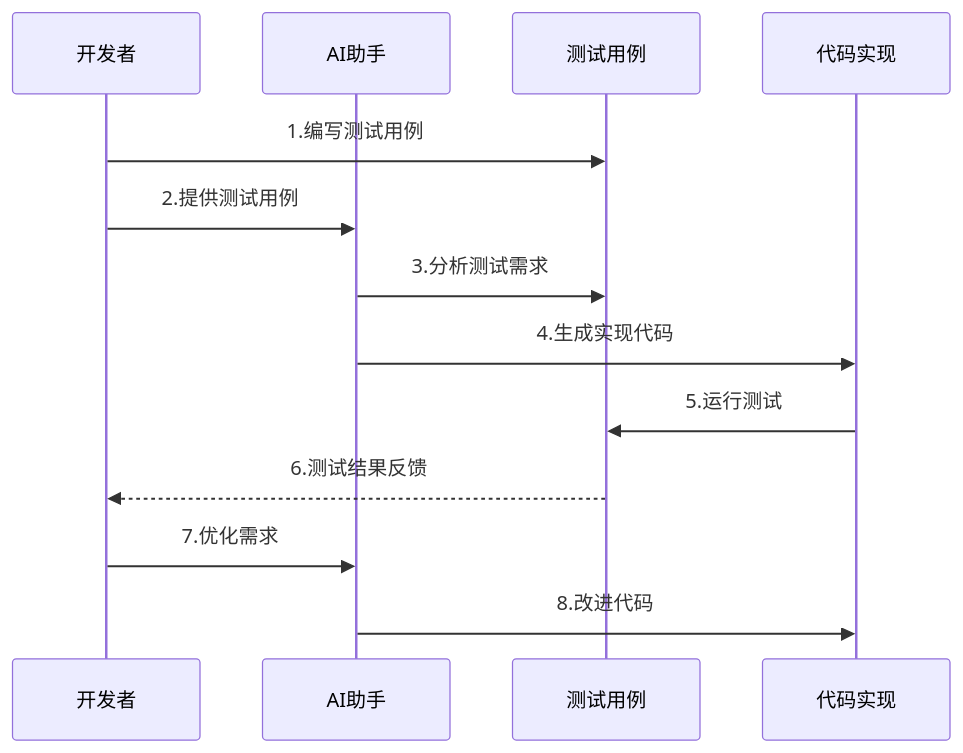
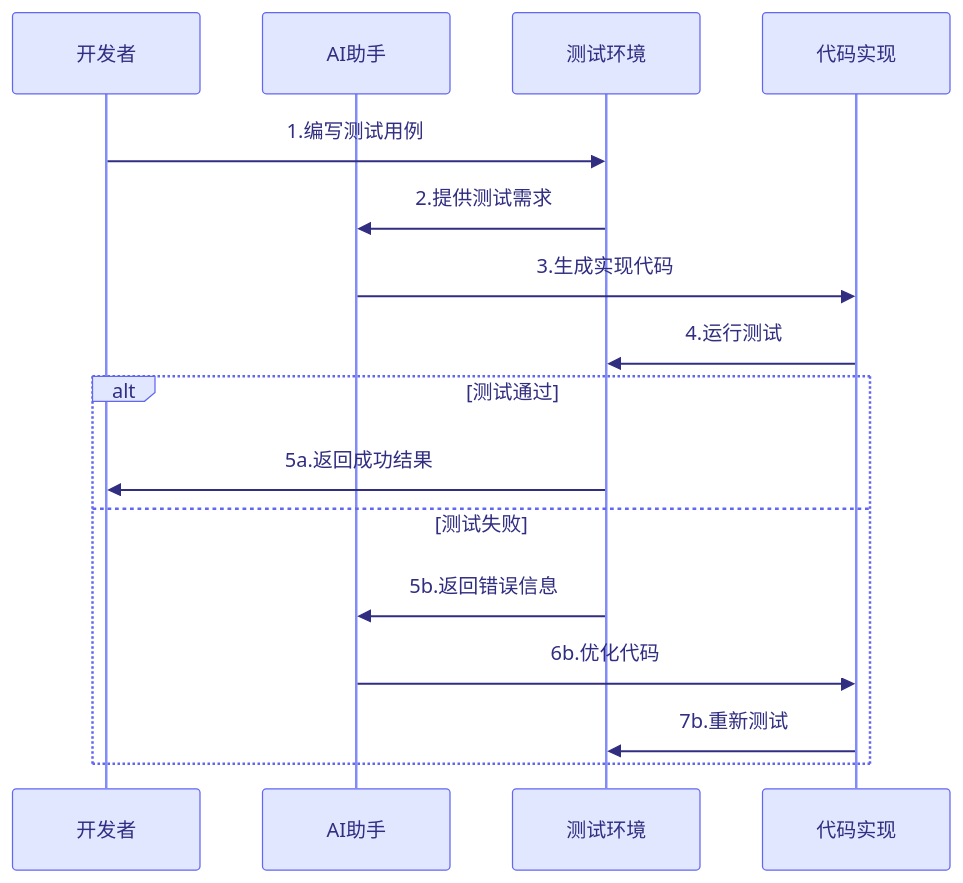
Before and after one commit to wutongci/cursor-courses: the fourth of 4 diagrams in advanced/第二章-接口测试驱动开发.md, drawn with Mermaid. The commit also changed other lines of this file and 2 other files, not shown here.

````diff
--- a/advanced/第二章-接口测试驱动开发.md
+++ b/advanced/第二章-接口测试驱动开发.md
@@ -279,16 +749,38 @@
 ```mermaid
+%%{init: { 'theme': 'base', 'themeVariables': { 
+    'primaryColor': '#4f46e5',
+    'primaryTextColor': '#312e81',
+    'primaryBorderColor': '#4338ca',
+    'lineColor': '#f97316',
+    'secondaryColor': '#10b981',
+    'tertiaryColor': '#fef9c3',
+    'actorBkg': '#e0e7ff',
+    'actorBorder': '#6366f1',
+    'actorTextColor': '#312e81',
+    'actorLineColor': '#818cf8',
+    'noteBkgColor': '#fef3c7',
+    'noteBorderColor': '#f59e0b',
+    'noteTextColor': '#92400e',
+    'activationBkgColor': '#ddd6fe',
+    'activationBorderColor': '#8b5cf6',
+    'sequenceNumberColor': '#312e81'
+}}}%%
 sequenceDiagram
     participant D as 开发者
     participant A as AI助手
-    participant T as 测试用例
+    participant T as 测试环境
     participant C as 代码实现
     
     D->>T: 1.编写测试用例
-    D->>A: 2.提供测试用例
-    A->>T: 3.分析测试需求
-    A->>C: 4.生成实现代码
-    C->>T: 5.运行测试
-    T-->>D: 6.测试结果反馈
-    D->>A: 7.优化需求
-    A->>C: 8.改进代码
+    T->>A: 2.提供测试需求
+    A->>C: 3.生成实现代码
+    C->>T: 4.运行测试
+    
+    alt 测试通过
+        T->>D: 5a.返回成功结果
+    else 测试失败
+        T->>A: 5b.返回错误信息
+        A->>C: 6b.优化代码
+        C->>T: 7b.重新测试
+    end
 ```
````
